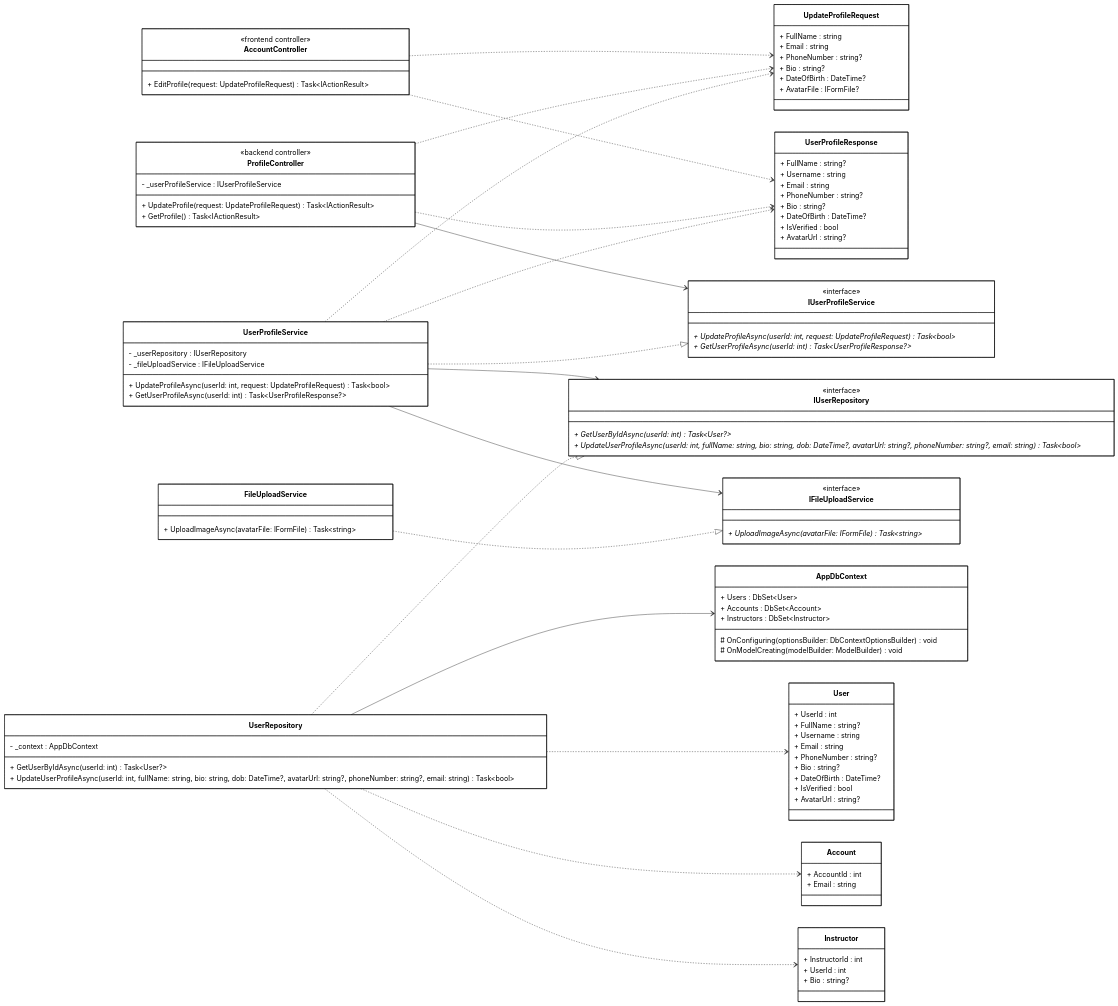
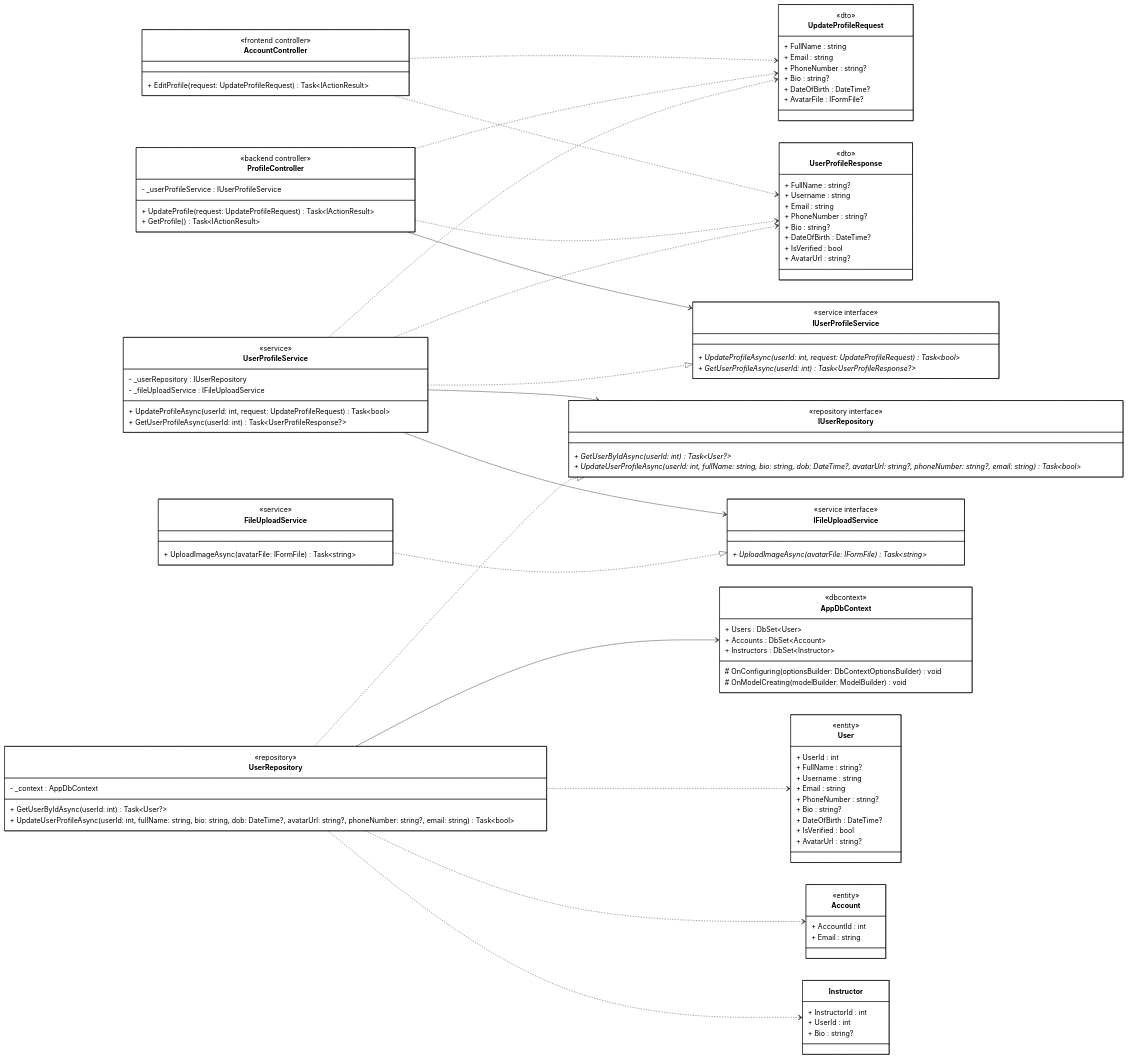
Before and after one commit to 1000do/Linked: the diagram in diagrams/class_mermaid/profile/cls_mm_update_personal_info.mmd, drawn with Mermaid. The commit also changed 28 other files, not shown here.

```diff
--- a/diagrams/class_mermaid/profile/cls_mm_update_personal_info.mmd
+++ b/diagrams/class_mermaid/profile/cls_mm_update_personal_info.mmd
@@ -1,149 +1,157 @@
 classDiagram
 direction LR
 
 %% ==================== FRONTEND ====================
 
 class AccountControllerFE["AccountController"] {
     <<frontend controller>>
     + EditProfile(request: UpdateProfileRequest) Task~IActionResult~
 }
 
 %% ==================== BACKEND - CONTROLLER ====================
 
 class ProfileControllerBE["ProfileController"] {
     <<backend controller>>
     - _userProfileService : IUserProfileService
     
     + UpdateProfile(request: UpdateProfileRequest) Task~IActionResult~
     + GetProfile() Task~IActionResult~
 }
 
 %% ==================== BACKEND - DTOs ====================
 
 class UpdateProfileRequest {
+    <<dto>>
     + FullName : string
     + Email : string
     + PhoneNumber : string?
     + Bio : string?
     + DateOfBirth : DateTime?
     + AvatarFile : IFormFile?
 }
 
 class UserProfileResponse {
+    <<dto>>
     + FullName : string?
     + Username : string
     + Email : string
     + PhoneNumber : string?
     + Bio : string?
     + DateOfBirth : DateTime?
     + IsVerified : bool
     + AvatarUrl : string?
 }
 
 %% ==================== BACKEND - DOMAIN ENTITIES ====================
 
 class User {
+    <<entity>>
     + UserId : int
     + FullName : string?
     + Username : string
     + Email : string
     + PhoneNumber : string?
     + Bio : string?
     + DateOfBirth : DateTime?
     + IsVerified : bool
     + AvatarUrl : string?
 }
 
 class Account {
+    <<entity>>
     + AccountId : int
     + Email : string
 }
 
 class Instructor {
     + InstructorId : int
     + UserId : int
     + Bio : string?
 }
 
 %% ==================== BACKEND - SERVICE INTERFACES ====================
 
 class IUserProfileService {
-    <<interface>>
+    <<service interface>>
     + UpdateProfileAsync(userId: int, request: UpdateProfileRequest) Task~bool~ *
     + GetUserProfileAsync(userId: int) Task~UserProfileResponse?~ *
 }
 
 class IFileUploadService {
-    <<interface>>
+    <<service interface>>
     + UploadImageAsync(avatarFile: IFormFile) Task~string~ *
 }
 
 class IUserRepository {
-    <<interface>>
+    <<repository interface>>
     + GetUserByIdAsync(userId: int) Task~User?~ *
     + UpdateUserProfileAsync(userId: int, fullName: string, bio: string, dob: DateTime?, avatarUrl: string?, phoneNumber: string?, email: string) Task~bool~ *
 }
 
 %% ==================== BACKEND - SERVICE IMPLEMENTATION ====================
 
 class UserProfileService {
+    <<service>>
     - _userRepository : IUserRepository
     - _fileUploadService : IFileUploadService
     
     + UpdateProfileAsync(userId: int, request: UpdateProfileRequest) Task~bool~
     + GetUserProfileAsync(userId: int) Task~UserProfileResponse?~
 }
 
 class FileUploadService {
+    <<service>>
     + UploadImageAsync(avatarFile: IFormFile) Task~string~
 }
 
 %% ==================== BACKEND - REPOSITORY IMPLEMENTATION ====================
 
 class UserRepository {
+    <<repository>>
     - _context : AppDbContext
     
     + GetUserByIdAsync(userId: int) Task~User?~
     + UpdateUserProfileAsync(userId: int, fullName: string, bio: string, dob: DateTime?, avatarUrl: string?, phoneNumber: string?, email: string) Task~bool~
 }
 
 %% ==================== BACKEND - DbContext ====================
 
 class AppDbContext {
+    <<dbcontext>>
     + Users : DbSet~User~
     + Accounts : DbSet~Account~
     + Instructors : DbSet~Instructor~
     
     # OnConfiguring(optionsBuilder: DbContextOptionsBuilder) void
     # OnModelCreating(modelBuilder: ModelBuilder) void
 }
 
 %% ==================== RELATIONSHIPS ====================
 
 %% === UNIDIRECTIONAL ASSOCIATION (solid arrow) ===
 ProfileControllerBE --> IUserProfileService
 UserProfileService --> IUserRepository
 UserProfileService --> IFileUploadService
 UserRepository --> AppDbContext
 
 %% === INTERFACE REALIZATION ===
 UserProfileService ..|> IUserProfileService
 FileUploadService ..|> IFileUploadService
 UserRepository ..|> IUserRepository
 
 %% === DEPENDENCY (dashed arrows) ===
 AccountControllerFE ..> UpdateProfileRequest
 ProfileControllerBE ..> UpdateProfileRequest
 UserProfileService ..> UpdateProfileRequest
 
 AccountControllerFE ..> UserProfileResponse
 ProfileControllerBE ..> UserProfileResponse
 UserProfileService ..> UserProfileResponse
 
 UserRepository ..> User
 UserRepository ..> Account
 UserRepository ..> Instructor
 
 %% ==================== STYLES ====================
 
 classDef default fill:#FFFFFF,stroke:#000000,stroke-width:1px,color:#000000
```
